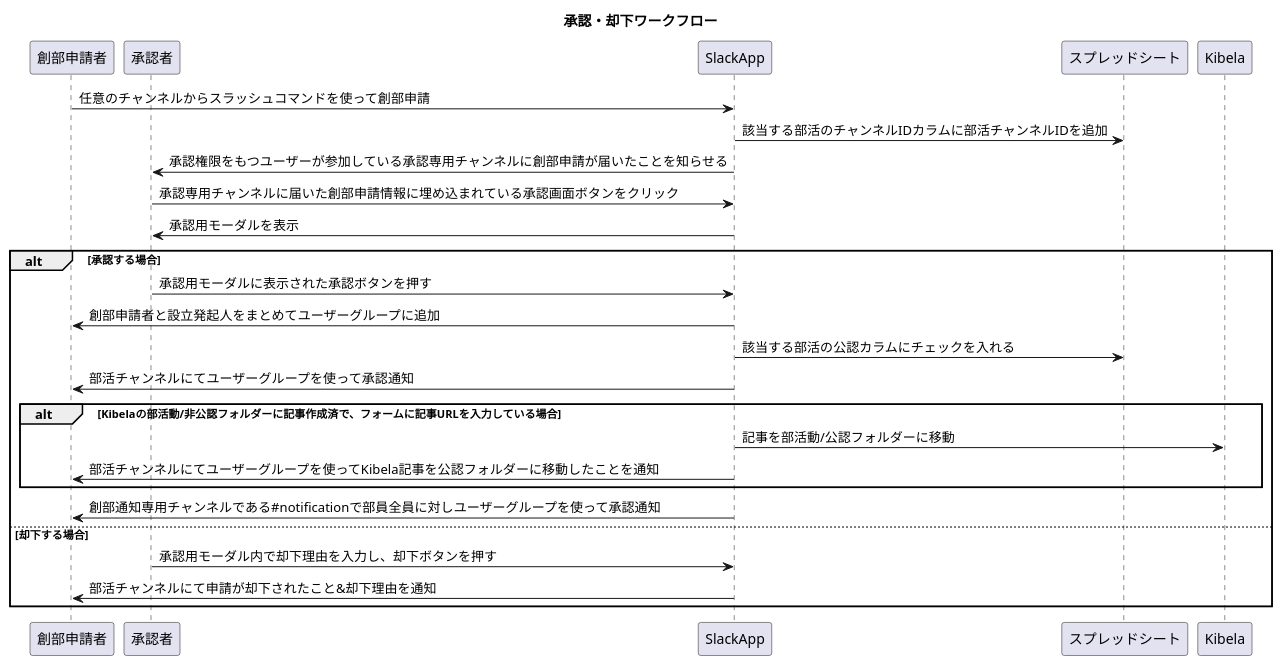
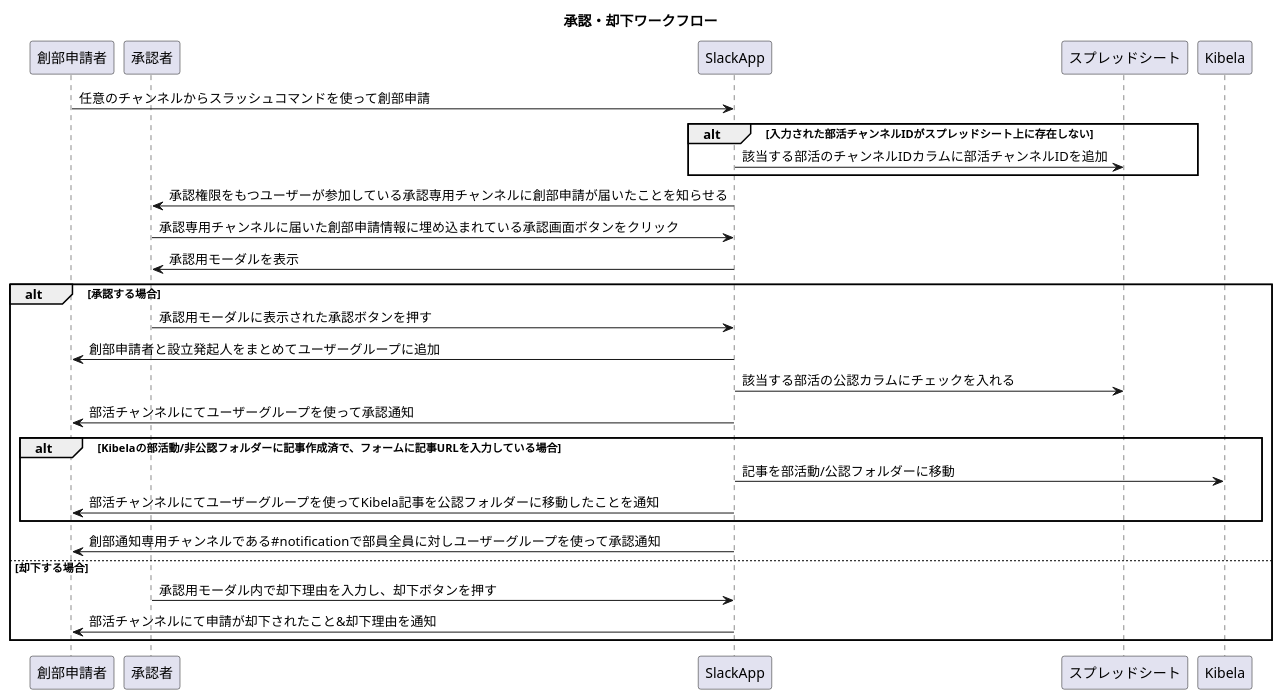
One commit to tam-bourine/club-entry-manager changed the diagram in docs/sequence-diagram/ButtonFlow.pu. Above: the diagram before and after it, drawn with PlantUML.

Commit message:
update: 複数回の創部申請のケースに対応

```diff
--- a/docs/sequence-diagram/ButtonFlow.pu
+++ b/docs/sequence-diagram/ButtonFlow.pu
@@ -1,27 +1,29 @@
 @startuml
 title 承認・却下ワークフロー
 
 participant 創部申請者
 participant 承認者
 
 創部申請者 -> SlackApp: 任意のチャンネルからスラッシュコマンドを使って創部申請
-SlackApp -> スプレッドシート: 該当する部活のチャンネルIDカラムに部活チャンネルIDを追加
+alt 入力された部活チャンネルIDがスプレッドシート上に存在しない
+    SlackApp -> スプレッドシート: 該当する部活のチャンネルIDカラムに部活チャンネルIDを追加
+end
 SlackApp -> 承認者: 承認権限をもつユーザーが参加している承認専用チャンネルに創部申請が届いたことを知らせる
 承認者 -> SlackApp: 承認専用チャンネルに届いた創部申請情報に埋め込まれている承認画面ボタンをクリック
 SlackApp -> 承認者: 承認用モーダルを表示
 
 alt 承認する場合
     承認者 -> SlackApp: 承認用モーダルに表示された承認ボタンを押す
     SlackApp -> 創部申請者: 創部申請者と設立発起人をまとめてユーザーグループに追加
     SlackApp -> スプレッドシート: 該当する部活の公認カラムにチェックを入れる
     SlackApp -> 創部申請者: 部活チャンネルにてユーザーグループを使って承認通知
     alt Kibelaの部活動/非公認フォルダーに記事作成済で、フォームに記事URLを入力している場合
         SlackApp -> Kibela: 記事を部活動/公認フォルダーに移動
         創部申請者 <- SlackApp: 部活チャンネルにてユーザーグループを使ってKibela記事を公認フォルダーに移動したことを通知
     end
     SlackApp -> 創部申請者: 創部通知専用チャンネルである#notificationで部員全員に対しユーザーグループを使って承認通知
 else 却下する場合
     承認者 -> SlackApp: 承認用モーダル内で却下理由を入力し、却下ボタンを押す
     SlackApp -> 創部申請者: 部活チャンネルにて申請が却下されたこと&却下理由を通知
 end
 @enduml
```
